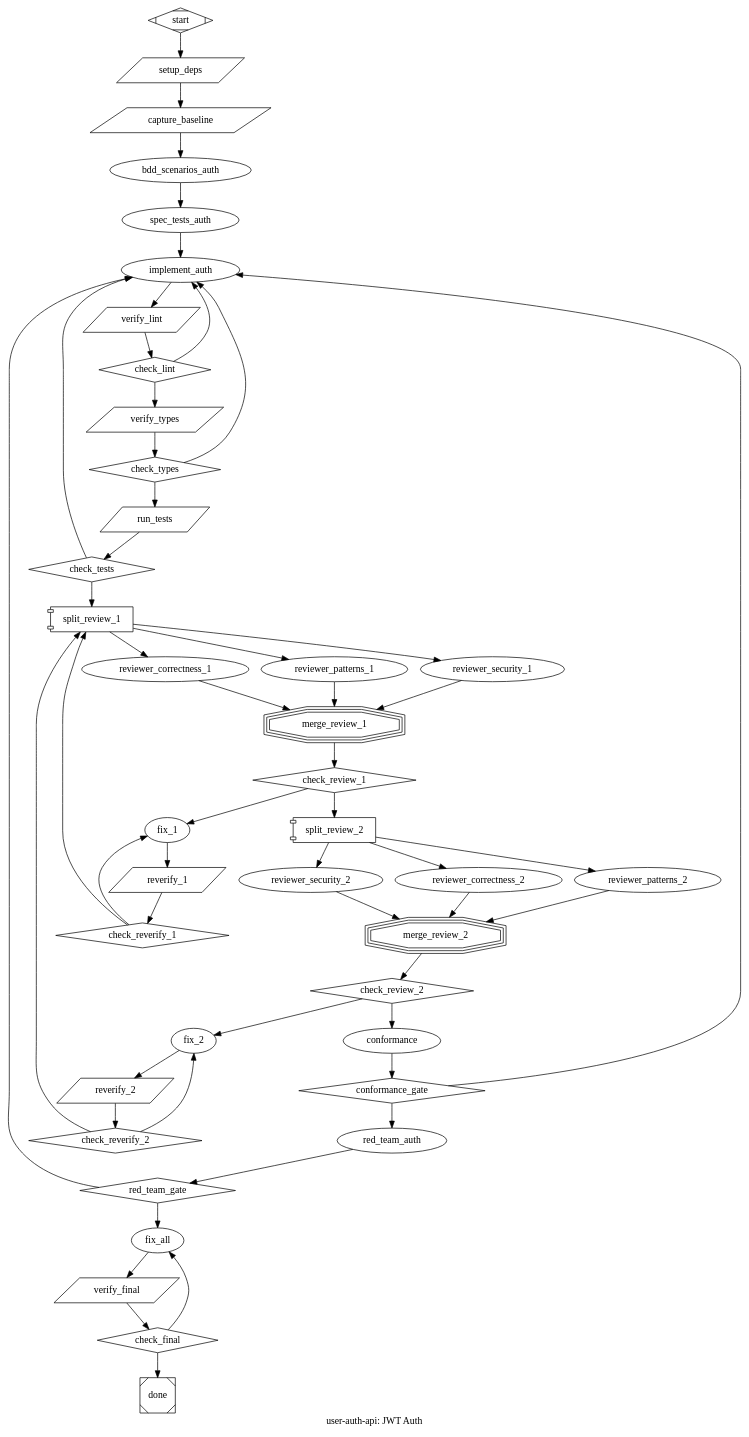
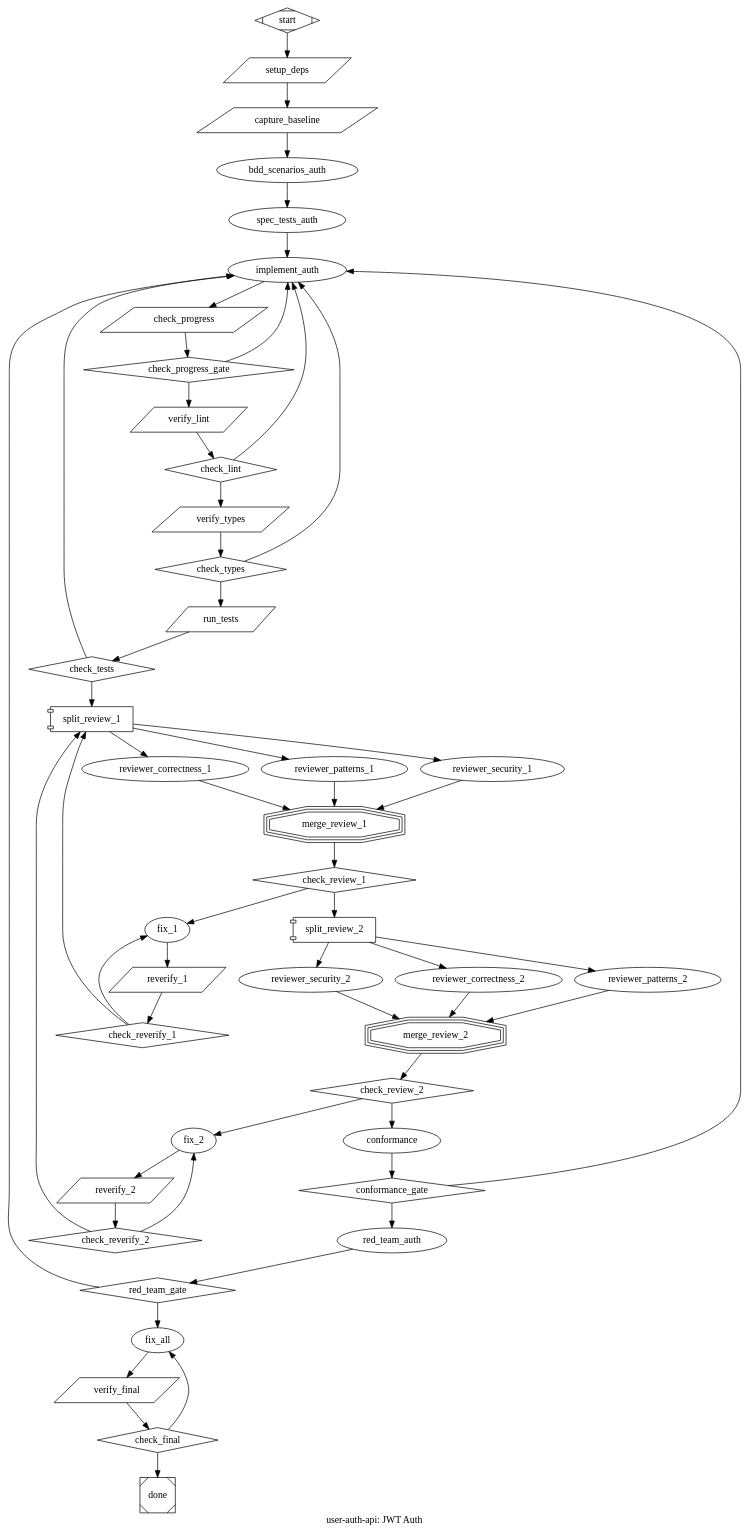
The third of 3 diagrams in .claude/commands/pickle-dot.md (aidesigner/pickle-rick-claude), drawn with Graphviz before and after one commit. The commit also changed other lines of this file and 2 other files, not shown here.

Commit message:
feat: add Pattern 0e progress gate to pickle-dot
Detects stalled impl nodes that produce zero file changes. Uses
git status --porcelain (catches unstaged, staged, untracked) with
max_visits=3 before falling back to fix_all. Added to patterns,
template, mandatory checklist, validation warnings, and example DOT.

```diff
--- a/.claude/commands/pickle-dot.md
+++ b/.claude/commands/pickle-dot.md
@@ -312,6 +313,9 @@
     bdd_scenarios_auth [class="review", timeout="300s", prompt="Read the spec file at $spec_file. For each JWT auth requirement, generate BDD scenarios in Given/When/Then format: token validation (missing, expired, malformed), login flow, refresh rotation, bcrypt hashing, OWASP patterns. Output as executable test descriptions. Do NOT implement — only define the behavioral contracts."]
     spec_tests_auth [class="review", prompt="Read the BDD scenarios from the previous node's output. Write failing test cases that verify each scenario. Run them to confirm they fail. Do NOT write production code.", goal_gate=true, retry_target="spec_tests_auth", max_visits=5]
     implement_auth [goal_gate=true, retry_target="implement_auth", prompt="Make all failing auth tests pass. Do NOT modify test files. JWT middleware + login endpoint. 1h expiry, refresh rotation, bcrypt. OWASP patterns.", allowed_paths="src/auth/**, src/middleware/**, tests/auth/**", escalate_on="package.json, package-lock.json, .env*, prisma/schema.prisma", max_visits=8]
+
+    check_progress [shape=parallelogram, tool_command="cd ${WORKING_DIR} && CHANGED=$(git status --porcelain | wc -l | tr -d ' ') && if [ \"$CHANGED\" -eq 0 ]; then echo 'STALL: impl produced zero file changes — retrying'; exit 1; fi && echo \"progress: $CHANGED files modified\" 2>&1", max_visits=3]
+    check_progress_gate [shape=diamond]
 
     verify_lint [shape=parallelogram, tool_command="cd ${WORKING_DIR} && BASELINE=$(cat /tmp/baseline_lint_errors.txt 2>/dev/null || echo 0) && CURRENT=$((npm run lint 2>&1 || true) | grep -c 'error') && echo \"lint baseline=$BASELINE current=$CURRENT\" && [ $CURRENT -le $BASELINE ] || (echo 'LINT REGRESSION' && exit 1)", max_visits=3]
     check_lint [shape=diamond]
@@ -359,7 +363,10 @@
 
     // Edges
     start -> setup_deps -> capture_baseline -> bdd_scenarios_auth -> spec_tests_auth -> implement_auth
-    implement_auth -> verify_lint -> check_lint
+    implement_auth -> check_progress -> check_progress_gate
+    check_progress_gate -> verify_lint [condition="outcome=success", weight=2]
+    check_progress_gate -> implement_auth [condition="outcome=fail"]
+    verify_lint -> check_lint
     check_lint -> verify_types [condition="outcome=success", weight=2]
     check_lint -> implement_auth [condition="outcome=fail"]
     verify_types -> check_types
```
